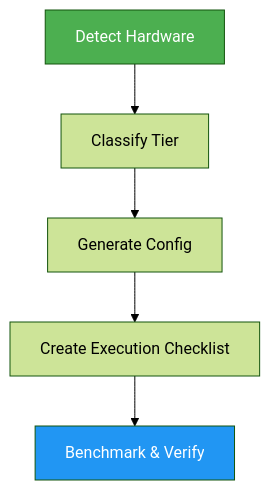
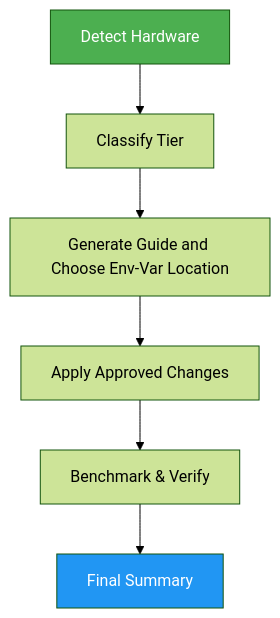
Before and after one commit to luongnv89/skills: the diagram in skills/ollama-optimizer/docs/README.md, drawn with Mermaid (forest theme). The commit also changed other lines of this file and 9 other files, not shown here.

````diff
--- a/skills/ollama-optimizer/docs/README.md
+++ b/skills/ollama-optimizer/docs/README.md
@@ -30,9 +33,10 @@
 ```mermaid
 graph TD
     A["Detect Hardware"] --> B["Classify Tier"]
-    B --> C["Generate Config"]
-    C --> D["Create Execution Checklist"]
+    B --> C["Generate Guide and Choose Env-Var Location"]
+    C --> D["Apply Approved Changes"]
     D --> E["Benchmark & Verify"]
+    E --> F["Final Summary"]
     style A fill:#4CAF50,color:#fff
-    style E fill:#2196F3,color:#fff
+    style F fill:#2196F3,color:#fff
 ```
````
